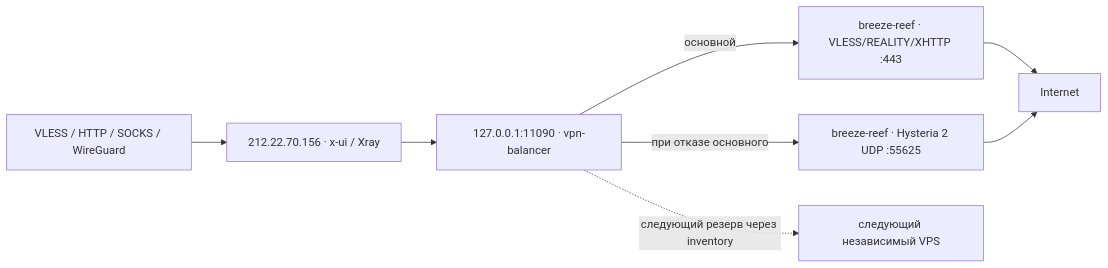
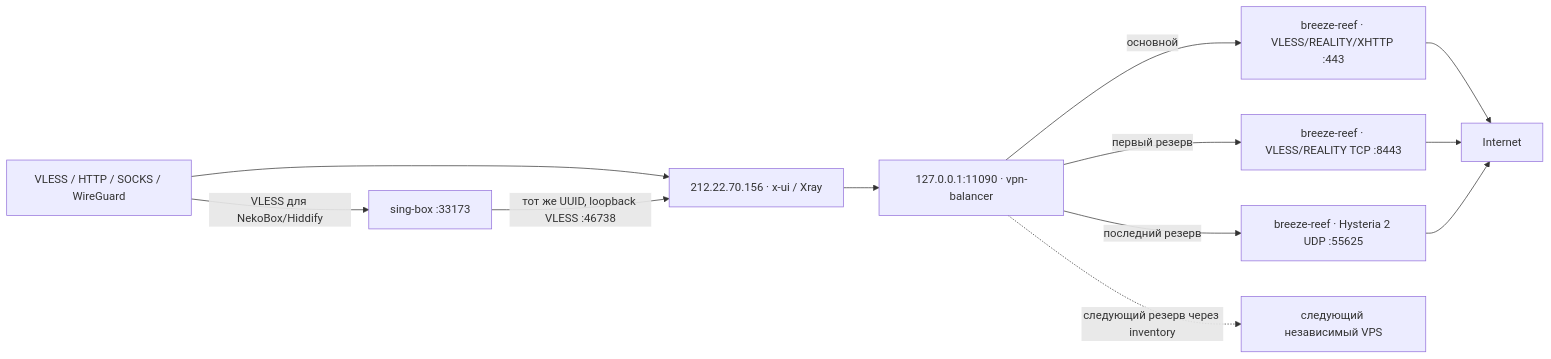
One commit to Ja1rman/vpn changed the diagram in README.md. Above: the diagram before and after it, drawn with Mermaid. The commit also changed other lines of this file and 13 other files, not shown here.

Commit message:
Add compatible Android VLESS entry and faster TCP reserve [skip ci]

````diff
--- a/README.md
+++ b/README.md
@@ -9,10 +9,14 @@
 ```mermaid
 flowchart LR
     Client["VLESS / HTTP / SOCKS / WireGuard"] --> Entry["212.22.70.156 · x-ui / Xray"]
+    Client -->|VLESS для NekoBox/Hiddify| Android["sing-box :33173"]
+    Android -->|тот же UUID, loopback VLESS :46738| Entry
     Entry --> Pool["127.0.0.1:11090 · vpn-balancer"]
     Pool -->|основной| VLESS["breeze-reef · VLESS/REALITY/XHTTP :443"]
-    Pool -->|при отказе основного| Hysteria["breeze-reef · Hysteria 2 UDP :55625"]
+    Pool -->|первый резерв| TCP["breeze-reef · VLESS/REALITY TCP :8443"]
+    Pool -->|последний резерв| Hysteria["breeze-reef · Hysteria 2 UDP :55625"]
     VLESS --> Internet
+    TCP --> Internet
     Hysteria --> Internet
     Pool -. "следующий резерв через inventory" .-> Next["следующий независимый VPS"]
 ```
````
